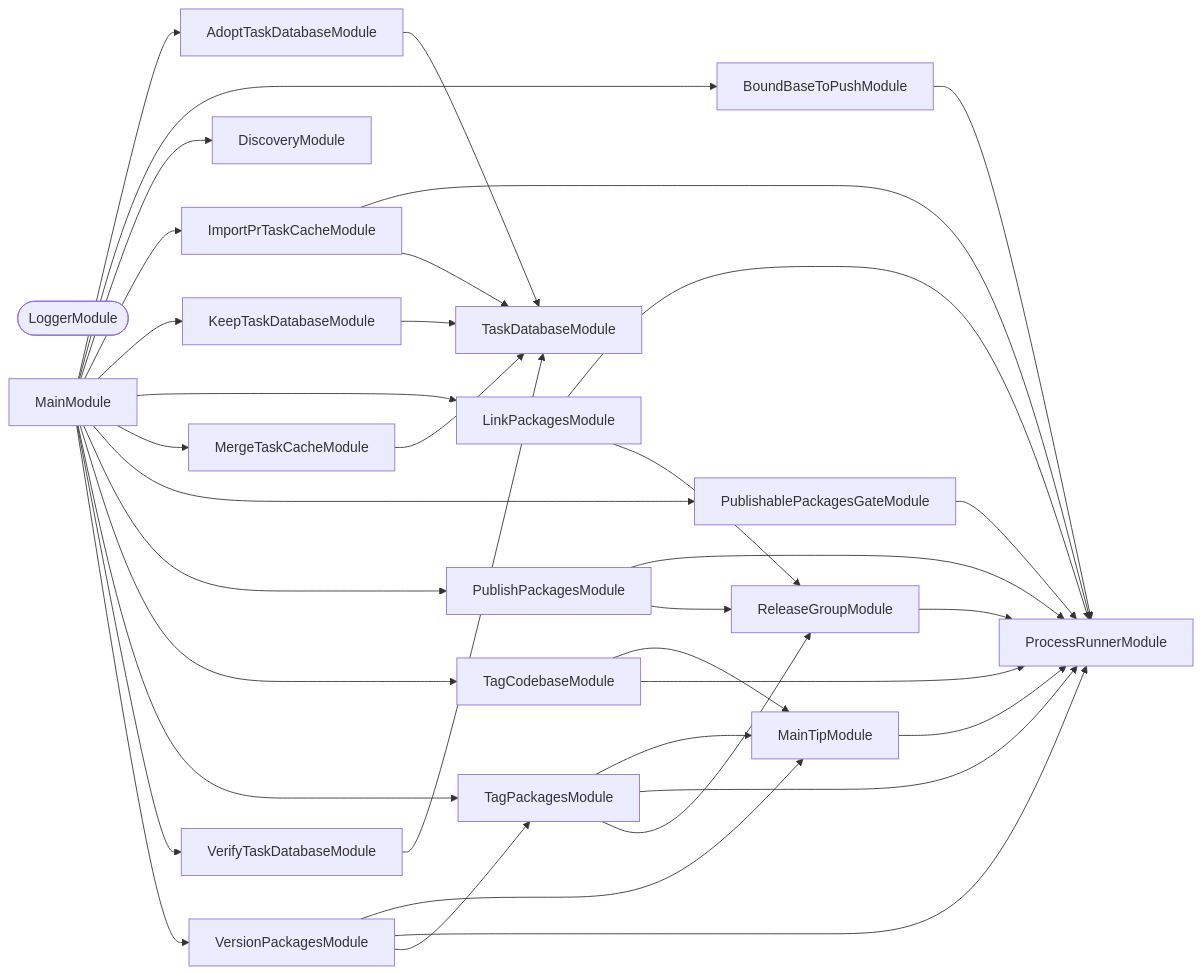
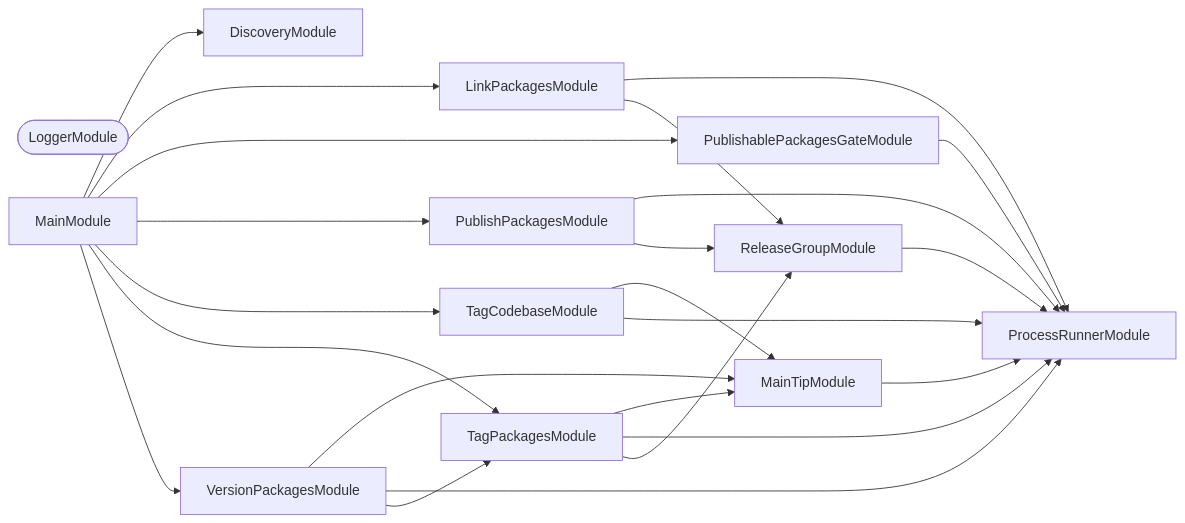
Before and after one commit to organizzolini/codebase: the second of 3 diagrams in publication/README.md, drawn with Mermaid. The commit also changed other lines of this file and 183 other files, not shown here.

````diff
--- a/publication/README.md
+++ b/publication/README.md
@@ -336,57 +228,37 @@
 ```mermaid
 flowchart LR
-  AdoptTaskDatabaseModule
-  BoundBaseToPushModule
   DiscoveryModule
-  ImportPrTaskCacheModule
-  KeepTaskDatabaseModule
   LinkPackagesModule
   LoggerModule([LoggerModule])
   MainModule
   MainTipModule
-  MergeTaskCacheModule
   ProcessRunnerModule
   PublishablePackagesGateModule
   PublishPackagesModule
   ReleaseGroupModule
   TagCodebaseModule
   TagPackagesModule
-  TaskDatabaseModule
-  VerifyTaskDatabaseModule
   VersionPackagesModule
-  AdoptTaskDatabaseModule --> TaskDatabaseModule
-  BoundBaseToPushModule --> ProcessRunnerModule
-  ImportPrTaskCacheModule --> ProcessRunnerModule
-  ImportPrTaskCacheModule --> TaskDatabaseModule
-  KeepTaskDatabaseModule --> TaskDatabaseModule
   LinkPackagesModule --> ProcessRunnerModule
   LinkPackagesModule --> ReleaseGroupModule
-  MainModule --> AdoptTaskDatabaseModule
-  MainModule --> BoundBaseToPushModule
   MainModule --> DiscoveryModule
-  MainModule --> ImportPrTaskCacheModule
-  MainModule --> KeepTaskDatabaseModule
   MainModule --> LinkPackagesModule
-  MainModule --> MergeTaskCacheModule
   MainModule --> PublishablePackagesGateModule
   MainModule --> PublishPackagesModule
   MainModule --> TagCodebaseModule
   MainModule --> TagPackagesModule
-  MainModule --> VerifyTaskDatabaseModule
   MainModule --> VersionPackagesModule
   MainTipModule --> ProcessRunnerModule
-  MergeTaskCacheModule --> TaskDatabaseModule
   PublishablePackagesGateModule --> ProcessRunnerModule
   PublishPackagesModule --> ProcessRunnerModule
   PublishPackagesModule --> ReleaseGroupModule
   ReleaseGroupModule --> ProcessRunnerModule
   TagCodebaseModule --> MainTipModule
   TagCodebaseModule --> ProcessRunnerModule
   TagPackagesModule --> MainTipModule
   TagPackagesModule --> ProcessRunnerModule
   TagPackagesModule --> ReleaseGroupModule
-  VerifyTaskDatabaseModule --> TaskDatabaseModule
   VersionPackagesModule --> MainTipModule
   VersionPackagesModule --> ProcessRunnerModule
   VersionPackagesModule --> TagPackagesModule
 ```
````
